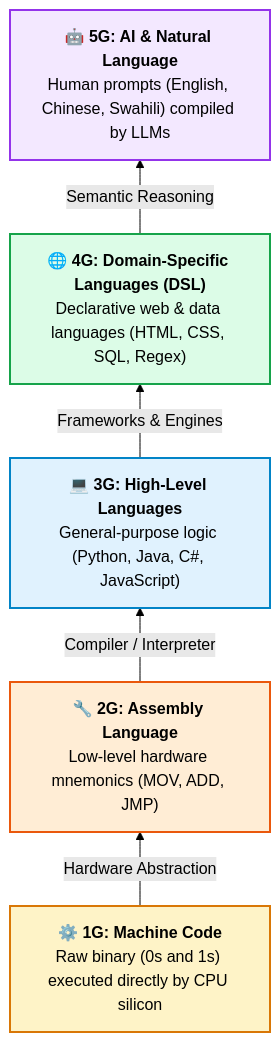
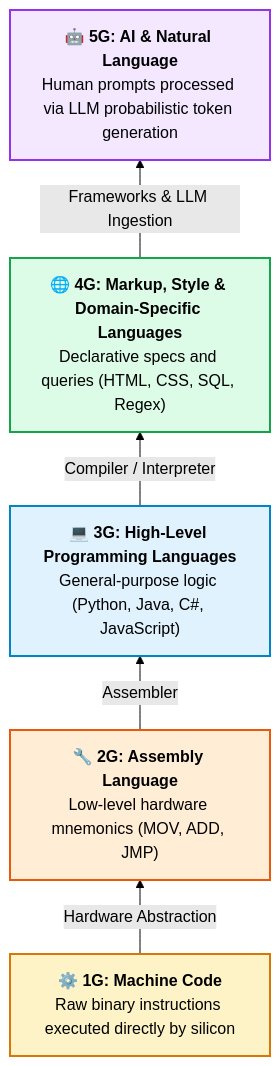
Before and after one commit to Mcc-Mak/kenya-digitalhub-ai-web-dev: the fourth of 7 diagrams in BLUEPRINT.md, drawn with Mermaid (forest theme). The commit also changed other lines of this file, not shown here.

````diff
--- a/BLUEPRINT.md
+++ b/BLUEPRINT.md
@@ -101,20 +104,21 @@
 ```mermaid
 flowchart BT
-    G1["⚙️ <b>1G: Machine Code</b><br/>Raw binary (0s and 1s) executed directly by CPU silicon"]
+    G1["⚙️ <b>1G: Machine Code</b><br/>Raw binary instructions executed directly by silicon"]
     G2["🔧 <b>2G: Assembly Language</b><br/>Low-level hardware mnemonics (MOV, ADD, JMP)"]
-    G3["💻 <b>3G: High-Level Languages</b><br/>General-purpose logic (Python, Java, C#, JavaScript)"]
-    G4["🌐 <b>4G: Domain-Specific Languages (DSL)</b><br/>Declarative web & data languages (HTML, CSS, SQL, Regex)"]
-    G5["🤖 <b>5G: AI & Natural Language</b><br/>Human prompts (English, Chinese, Swahili) compiled by LLMs"]
+    G3["💻 <b>3G: High-Level Programming Languages</b><br/>General-purpose logic (Python, Java, C#, JavaScript)"]
+    G4["🌐 <b>4G: Markup, Style & Domain-Specific Languages</b><br/>Declarative specs and queries (HTML, CSS, SQL, Regex)"]
+    G5["🤖 <b>5G: AI & Natural Language</b><br/>Human prompts processed via LLM probabilistic token generation"]
 
     G1 -->|"Hardware Abstraction"| G2
-    G2 -->|"Compiler / Interpreter"| G3
-    G3 -->|"Frameworks & Engines"| G4
-    G4 -->|"Semantic Reasoning"| G5
+    G2 -->|"Assembler"| G3
+    G3 -->|"Compiler / Interpreter"| G4
+    G4 -->|"Frameworks & LLM Ingestion"| G5
 
     style G1 fill:#fef3c7,stroke:#d97706,stroke-width:2px
     style G2 fill:#ffedd5,stroke:#ea580c,stroke-width:2px
     style G3 fill:#e0f2fe,stroke:#0284c7,stroke-width:2px
     style G4 fill:#dcfce7,stroke:#16a34a,stroke-width:2px
     style G5 fill:#f3e8ff,stroke:#9333ea,stroke-width:2px
 
+
 ```
````
